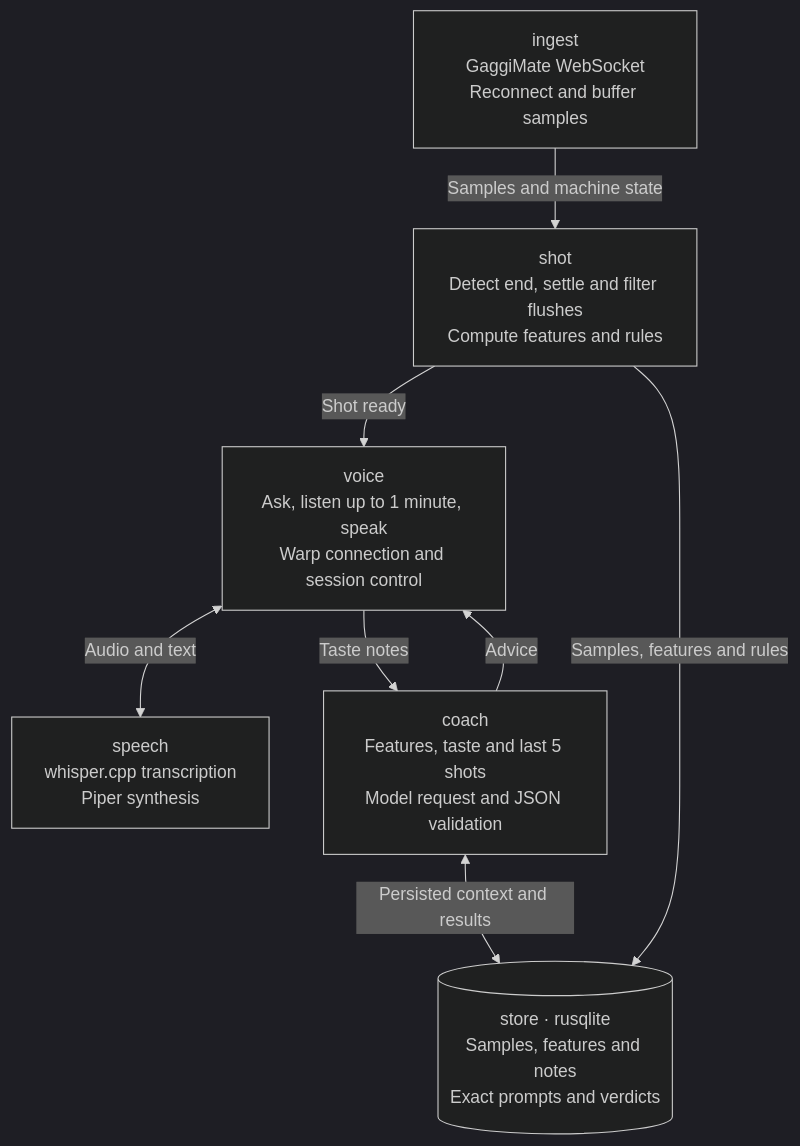
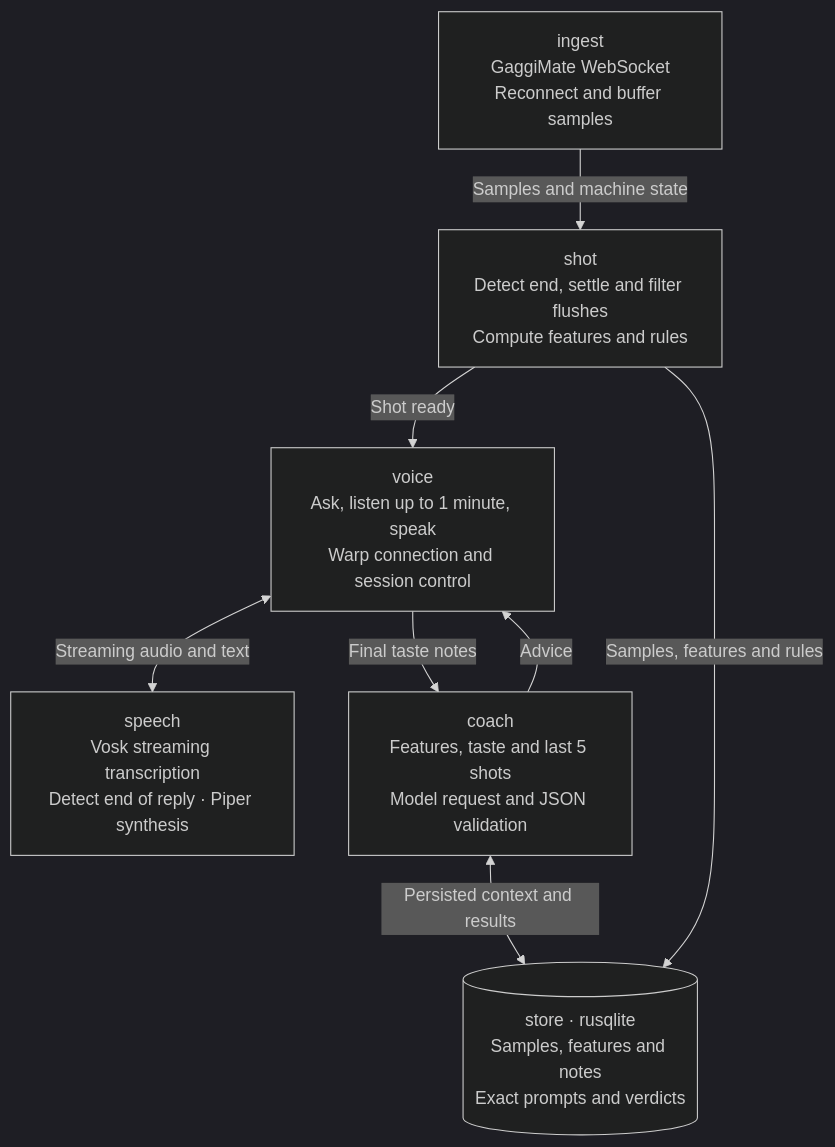
Before and after one commit to insipx/roasted-rs: the diagram in docs/diagrams/rust-crate.mmd, drawn with Mermaid (dark theme). The commit also changed 7 other files, not shown here.

```diff
--- a/docs/diagrams/rust-crate.mmd
+++ b/docs/diagrams/rust-crate.mmd
@@ -1,15 +1,15 @@
 flowchart TB
     INGEST["ingest<br/>GaggiMate WebSocket<br/>Reconnect and buffer samples"]
     SHOT["shot<br/>Detect end, settle and filter flushes<br/>Compute features and rules"]
     VOICE["voice<br/>Ask, listen up to 1 minute, speak<br/>Warp connection and session control"]
-    SPEECH["speech<br/>whisper.cpp transcription<br/>Piper synthesis"]
+    SPEECH["speech<br/>Vosk streaming transcription<br/>Detect end of reply · Piper synthesis"]
     COACH["coach<br/>Features, taste and last 5 shots<br/>Model request and JSON validation"]
     STORE[("store · rusqlite<br/>Samples, features and notes<br/>Exact prompts and verdicts")]
 
     INGEST -->|"Samples and machine state"| SHOT
     SHOT -->|"Shot ready"| VOICE
-    VOICE <-->|"Audio and text"| SPEECH
-    VOICE -->|"Taste notes"| COACH
+    VOICE <-->|"Streaming audio and text"| SPEECH
+    VOICE -->|"Final taste notes"| COACH
     COACH -->|"Advice"| VOICE
     SHOT -->|"Samples, features and rules"| STORE
     COACH <-->|"Persisted context and results"| STORE
```
